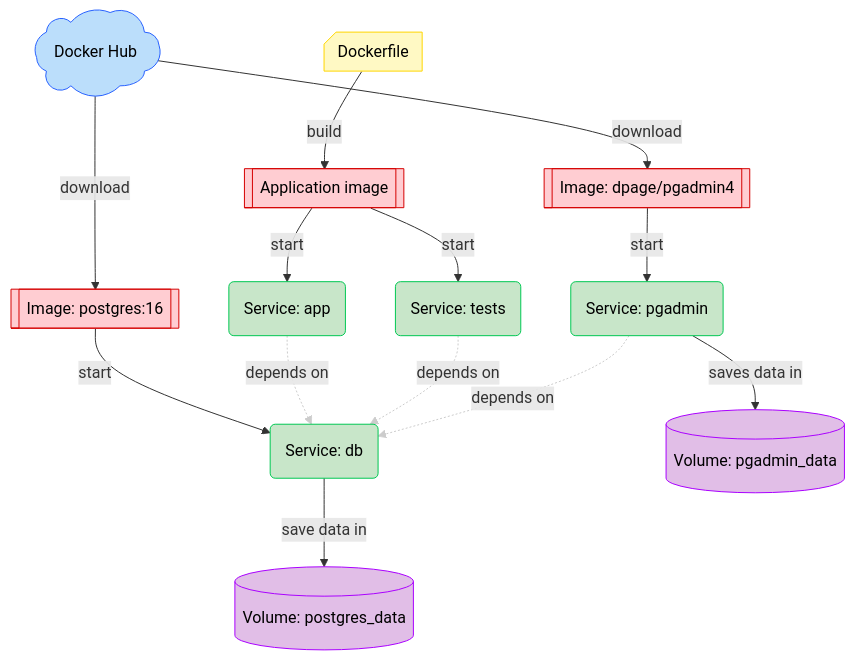
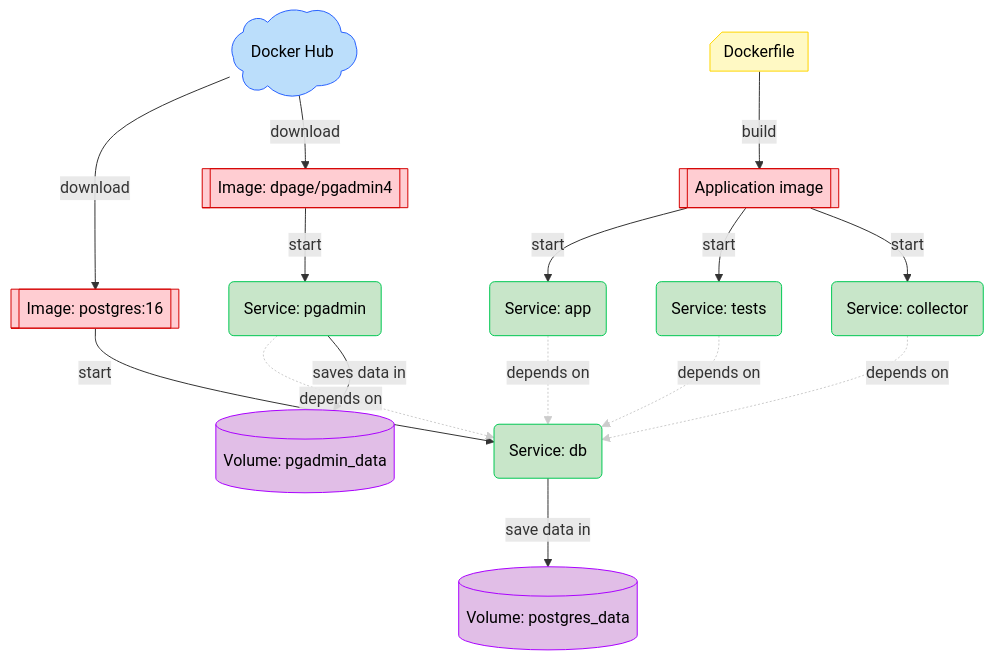
One commit to Pliniussen/dmi-ohs-data-pipeline changed the diagram in README.md. Above: the diagram before and after it, drawn with Mermaid. The commit also changed other lines of this file and 7 other files, not shown here.

First line of the commit message:
Add a collector service that runs the pipeline on a schedule

````diff
--- a/README.md
+++ b/README.md
@@ -31,40 +31,45 @@
 ```mermaid
 	flowchart TB
     dh["Docker Hub"] L_dh_img1_0@-- download --> img1["Image: postgres:16"] & img3["Image: dpage/pgadmin4"]
     img1 L_img1_con1_0@-- start --> con1["Service: db"]
     fil1["Dockerfile"] L_fil1_img2_0@-- build --> img2["Application image"]
     img2 L_img2_con2_0@-- start --> con2["Service: app"] & con3["Service: tests"]
     con2 L_con2_con1_0@-. depends on .-> con1
     con3 L_con3_con1_0@-. depends on .-> con1
     img3 L_img3_con4_0@-- start --> con4["Service: pgadmin"]
     con4 L_con4_con1_0@-. depends on .-> con1
     con1 -- save data in --> n1["Volume: postgres_data"]
     con4 -- saves data in --> n2["Volume: pgadmin_data"]
+    img2 L_img2_con5_0@-- start --> con5["Service: collector"]
+    con5 L_con5_con1_0@-. depends on .-> con1
 
     dh@{ shape: cloud}
     img1@{ shape: subproc}
     img3@{ shape: subproc}
     con1@{ shape: rounded}
     fil1@{ shape: card}
     img2@{ shape: subproc}
     con2@{ shape: rounded}
     con3@{ shape: rounded}
     con4@{ shape: rounded}
+    con5@{ shape: rounded}
     n1@{ shape: cyl}
     n2@{ shape: cyl}
     style dh fill:#BBDEFB,stroke:#2962FF,color:#000000
     style img1 fill:#FFCDD2,stroke:#D50000,color:#000000
     style img3 fill:#FFCDD2,stroke:#D50000,color:#000000
     style con1 fill:#C8E6C9,stroke:#00C853,color:#000000
     style fil1 fill:#FFF9C4,stroke:#FFD600,color:#000000
     style img2 fill:#FFCDD2,stroke:#D50000,color:#000000
     style con2 fill:#C8E6C9,stroke:#00C853,color:#000000
     style con3 fill:#C8E6C9,stroke:#00C853,color:#000000
     style con4 fill:#C8E6C9,stroke:#00C853,color:#000000
+    style con5 fill:#C8E6C9,stroke:#00C853,color:#000000
     style n1 fill:#E1BEE7,color:#000000,stroke:#AA00FF
     style n2 fill:#E1BEE7,stroke:#AA00FF,color:#000000
     linkStyle 6 stroke:#cccccc,fill:none
     linkStyle 7 stroke:#cccccc,fill:none
     linkStyle 9 stroke:#cccccc,fill:none
+    linkStyle 13 stroke:#cccccc,fill:none
 
 ```
````
